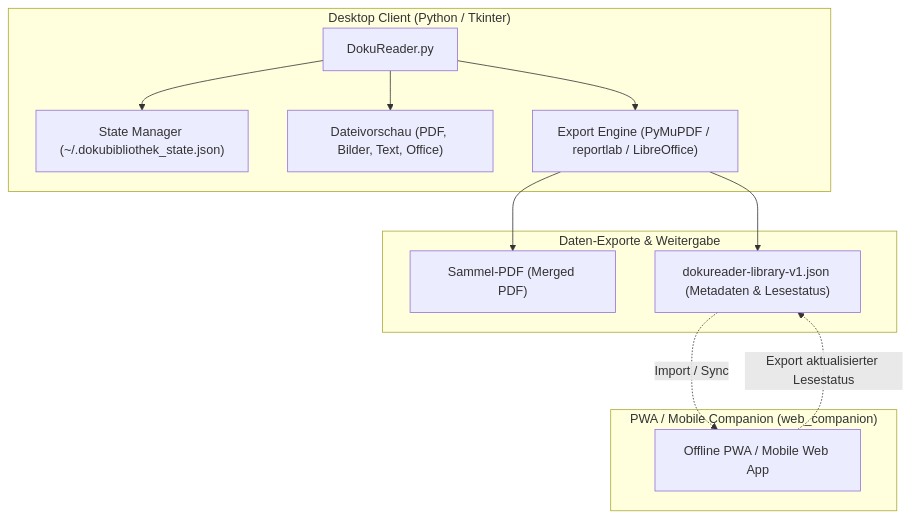
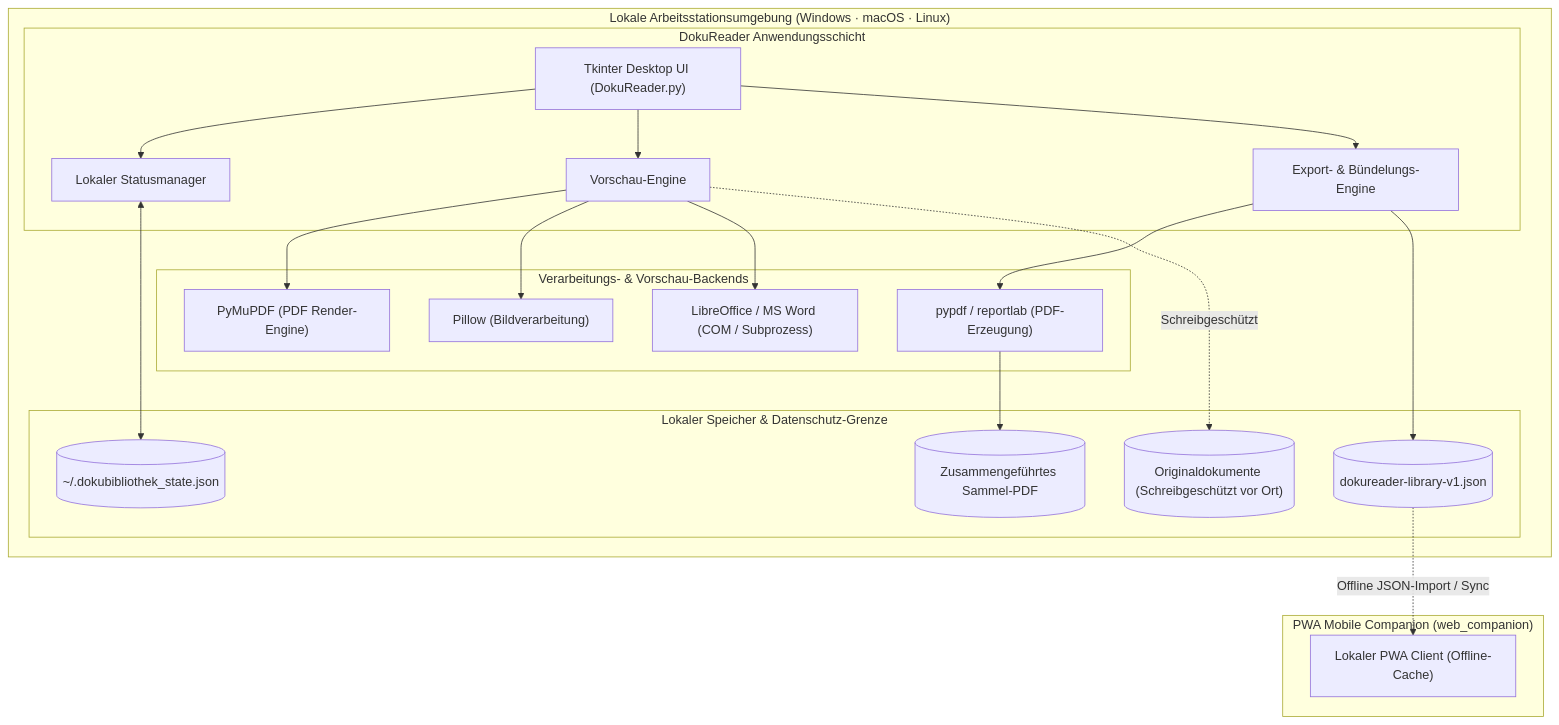
One commit to doc-bricks/DokuReader changed the first of 2 diagrams in README_de.md. Above: the diagram before and after it, drawn with Mermaid. The commit also changed other lines of this file and 9 other files, not shown here.

Commit message:
docs(marketing): Pfad B discoverability, 15-point nav, dual mermaid & invariants

````diff
--- a/README_de.md
+++ b/README_de.md
@@ -73,22 +95,45 @@
 ```mermaid
-graph TD
-    subgraph Desktop ["Desktop Client (Python / Tkinter)"]
-        UI["DokuReader.py"]
-        State["State Manager (~/.dokubibliothek_state.json)"]
-        Preview["Dateivorschau (PDF, Bilder, Text, Office)"]
-        Exporter["Export Engine (PyMuPDF / reportlab / LibreOffice)"]
-        UI --> State
-        UI --> Preview
-        UI --> Exporter
+flowchart TD
+    subgraph Host ["Lokale Arbeitsstationsumgebung (Windows · macOS · Linux)"]
+        subgraph App ["DokuReader Anwendungsschicht"]
+            UI["Tkinter Desktop UI (DokuReader.py)"]
+            StateManager["Lokaler Statusmanager"]
+            PreviewEngine["Vorschau-Engine"]
+            ExportEngine["Export- & Bündelungs-Engine"]
+        end
+
+        subgraph Backends ["Verarbeitungs- & Vorschau-Backends"]
+            MuPDF["PyMuPDF (PDF Render-Engine)"]
+            PIL["Pillow (Bildverarbeitung)"]
+            OfficeConv["LibreOffice / MS Word (COM / Subprozess)"]
+            PDFMerger["pypdf / reportlab (PDF-Erzeugung)"]
+        end
+
+        subgraph Storage ["Lokaler Speicher & Datenschutz-Grenze"]
+            Originals[("Originaldokumente (Schreibgeschützt vor Ort)")]
+            StateFile[("~/.dokubibliothek_state.json")]
+            ExportFile[("dokureader-library-v1.json")]
+            PDFOutput[("Zusammengeführtes Sammel-PDF")]
+        end
     end
 
-    subgraph Output ["Daten-Exporte & Weitergabe"]
-        Exporter --> PDFBundle["Sammel-PDF (Merged PDF)"]
-        Exporter --> JSONExport["dokureader-library-v1.json (Metadaten & Lesestatus)"]
+    subgraph Companion ["PWA Mobile Companion (web_companion)"]
+        PWA["Lokaler PWA Client (Offline-Cache)"]
     end
 
-    subgraph Companion ["PWA / Mobile Companion (web_companion)"]
-        JSONExport -. Import / Sync .-> CompanionPWA["Offline PWA / Mobile Web App"]
-        CompanionPWA -. Export aktualisierter Lesestatus .-> JSONExport
-    end
+    UI --> StateManager
+    UI --> PreviewEngine
+    UI --> ExportEngine
+
+    StateManager <--> StateFile
+    PreviewEngine --> MuPDF
+    PreviewEngine --> PIL
+    PreviewEngine --> OfficeConv
+    PreviewEngine -. Schreibgeschützt .-> Originals
+
+    ExportEngine --> PDFMerger
+    ExportEngine --> ExportFile
+    PDFMerger --> PDFOutput
+
+    ExportFile -. Offline JSON-Import / Sync .-> PWA
 ```
````
